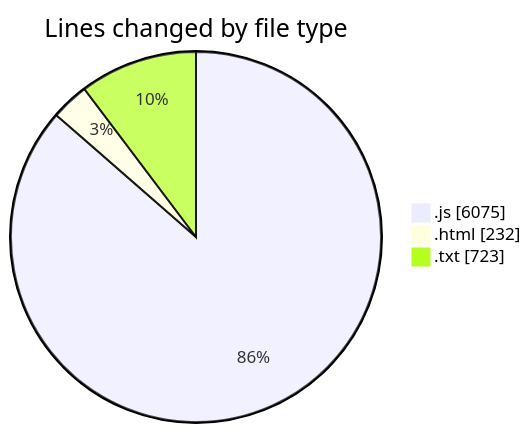
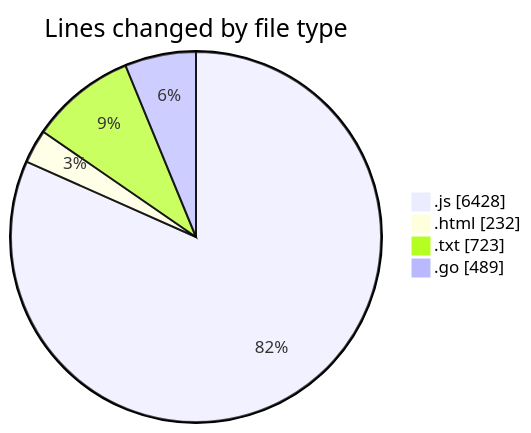
One commit to robertbonfada/code-tracking changed the first of 2 diagrams in 2025-03-03/kart-online/README.md. Above: the diagram before and after it, drawn with Mermaid. The commit also changed other lines of this file and 1 other file, not shown here.

````diff
--- a/2025-03-03/kart-online/README.md
+++ b/2025-03-03/kart-online/README.md
@@ -32,7 +35,8 @@
 ```mermaid
 pie showData
 title Lines changed by file type
-".js" : 6075
+".js" : 6428
 ".html" : 232
 ".txt" : 723
+".go" : 489
 ```
````
